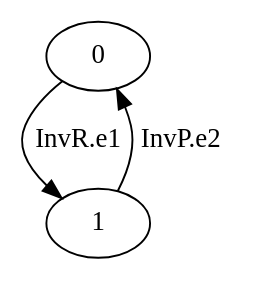
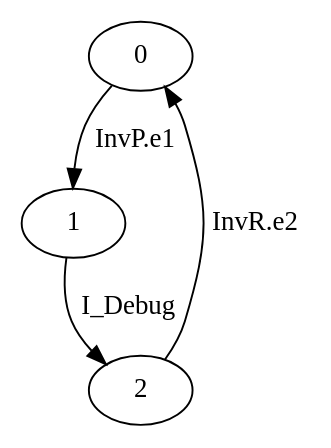
One commit to gfads/midarch changed the diagram in src/gmidarch/development/repositories/dot/Core.dot. Above: the diagram before and after it, drawn with Graphviz. The commit also changed 42 other files, not shown here.

```diff
--- a/src/gmidarch/development/repositories/dot/Core.dot
+++ b/src/gmidarch/development/repositories/dot/Core.dot
@@ -1,4 +1,5 @@
 digraph G {
-  0 -> 1 [ label="InvR.e1" ];
-  1 -> 0 [ label="InvP.e2" ];
+  0 -> 1 [ label="InvP.e1" ];
+  1 -> 2 [ label="I_Debug" ];
+  2 -> 0 [ label="InvR.e2" ];
 }
```
